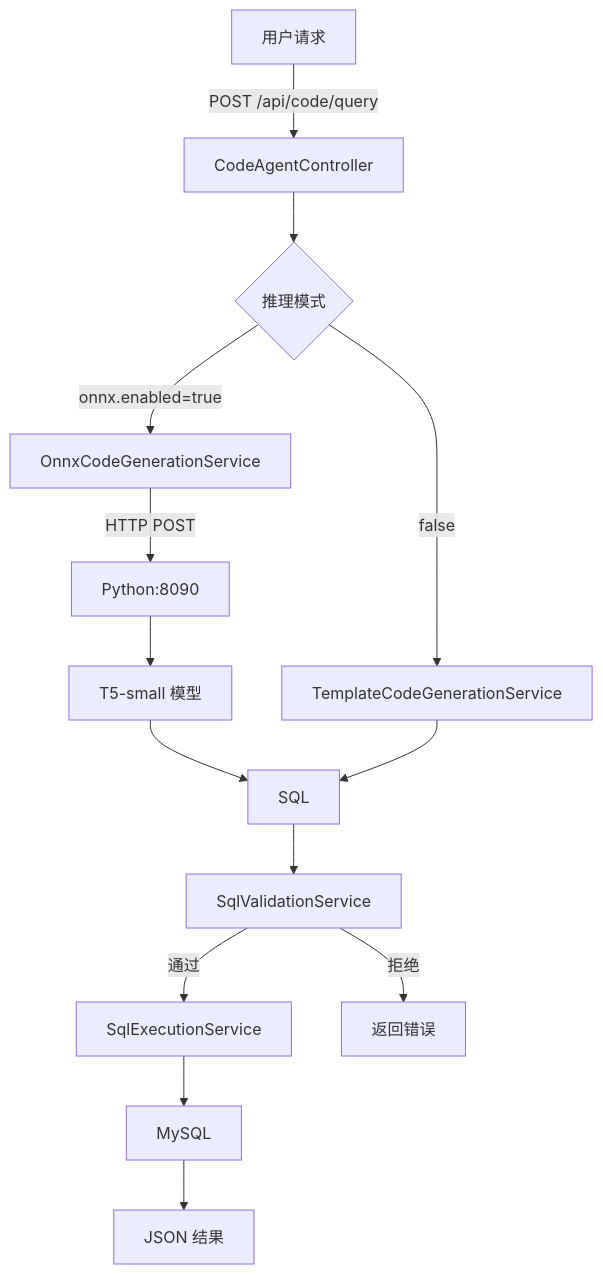
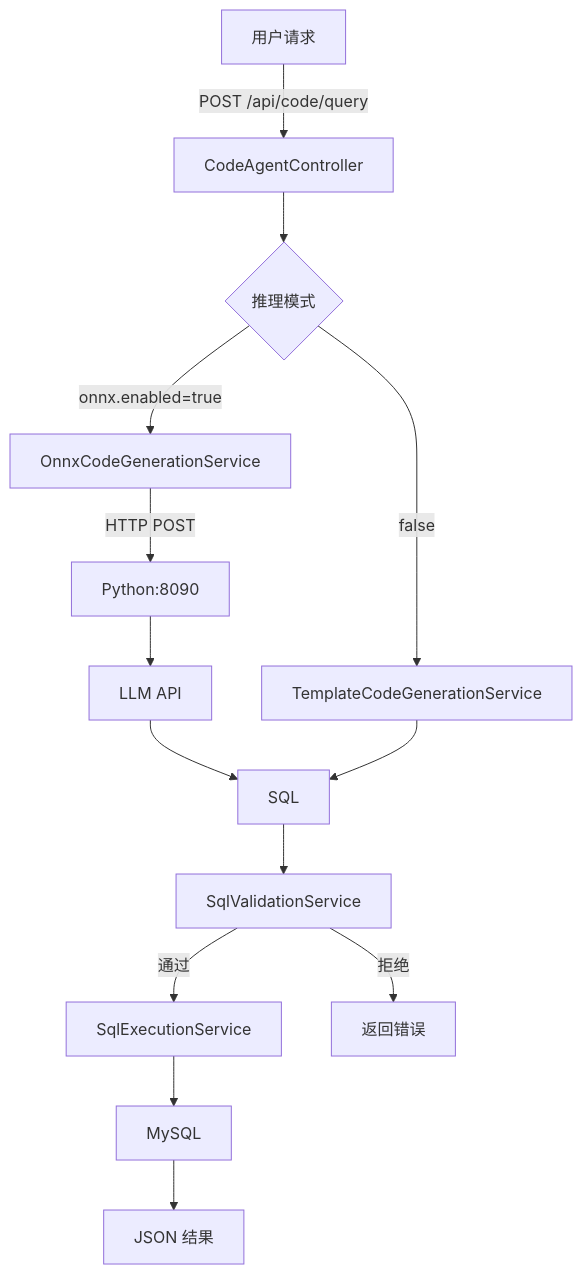
The diagram in code-agent/README.md (linchuanbin-tmp/Project), drawn with Mermaid before and after one commit. The commit also changed other lines of this file and 12 other files, not shown here.

````diff
--- a/code-agent/README.md
+++ b/code-agent/README.md
@@ -238,16 +257,16 @@
 ```mermaid
 graph TD
     A[用户请求] -->|POST /api/code/query| B[CodeAgentController]
     B --> C{推理模式}
     C -->|onnx.enabled=true| D[OnnxCodeGenerationService]
     C -->|false| E[TemplateCodeGenerationService]
     D -->|HTTP POST| F[Python:8090]
-    F --> G[T5-small 模型]
+    F --> G[LLM API]
     G --> H[SQL]
     E --> H
     H --> I[SqlValidationService]
     I -->|通过| J[SqlExecutionService]
     I -->|拒绝| K[返回错误]
     J --> L[MySQL]
     L --> M[JSON 结果]
 ```
````
